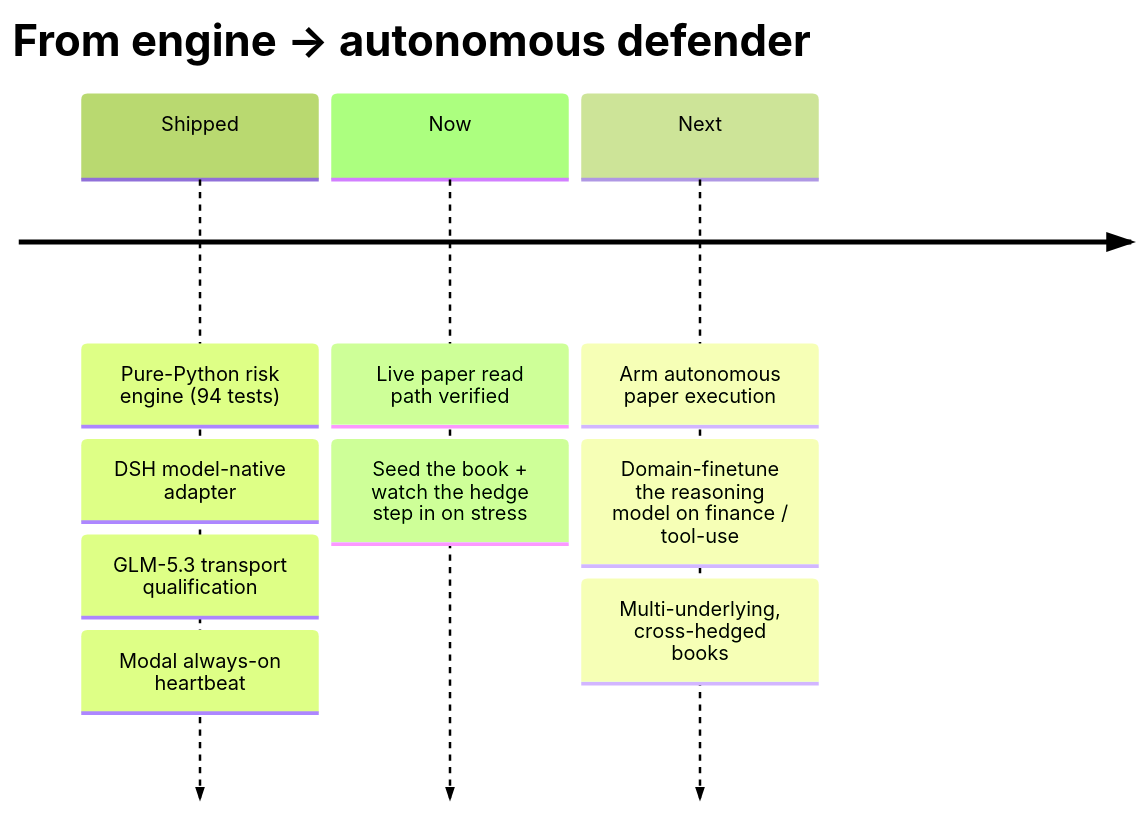
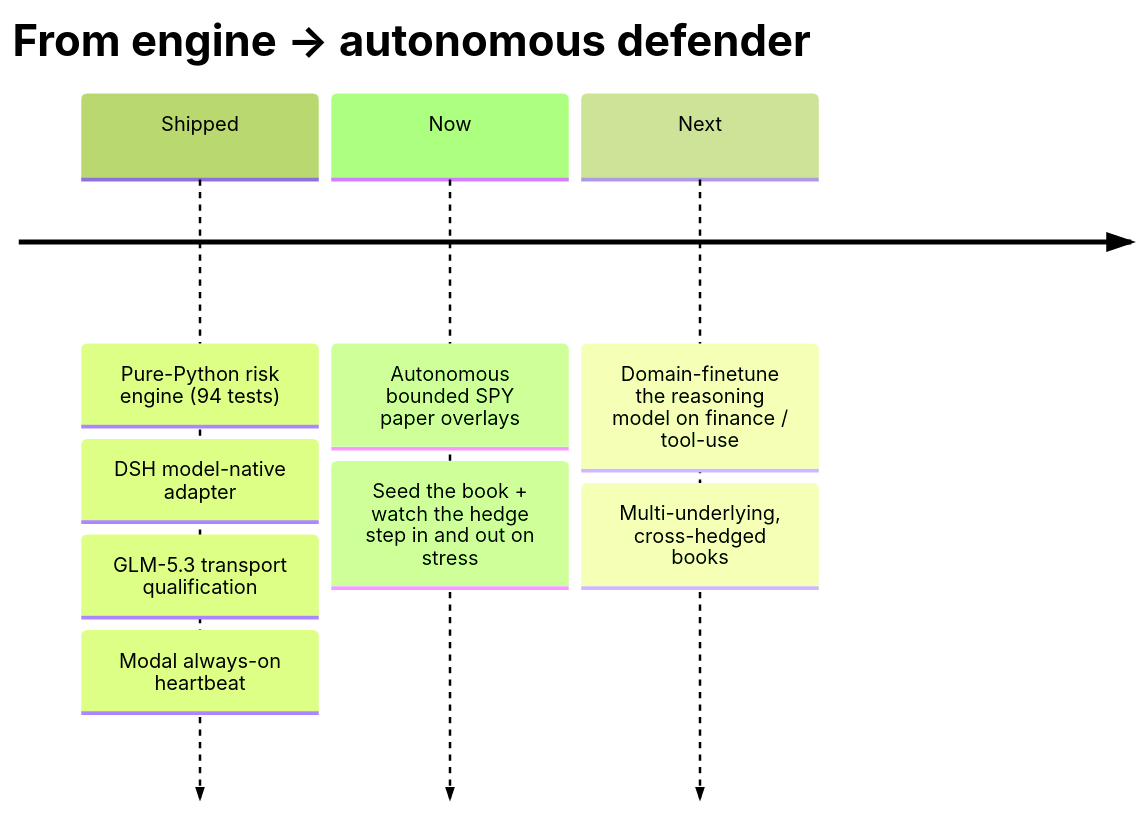
Diagram 13 of 13 in README.md (chiragshah2357/Alpaca-Trading-Hackathon-Final), drawn with Mermaid (forest theme) before and after one commit. The commit also changed other lines of this file and 45 other files, not shown here.

First line of the commit message:
Sync to YUGOROU final: autonomous options overlays + approval server

````diff
--- a/README.md
+++ b/README.md
@@ -454,7 +469,7 @@
 ```mermaid
 timeline
     title From engine → autonomous defender
     Shipped : Pure-Python risk engine (94 tests) : DSH model-native adapter : GLM-5.3 transport qualification : Modal always-on heartbeat
-    Now : Live paper read path verified : Seed the book + watch the hedge step in on stress
-    Next : Arm autonomous paper execution : Domain-finetune the reasoning model on finance / tool-use : Multi-underlying, cross-hedged books
+    Now : Autonomous bounded SPY paper overlays : Seed the book + watch the hedge step in and out on stress
+    Next : Domain-finetune the reasoning model on finance / tool-use : Multi-underlying, cross-hedged books
 ```
````
